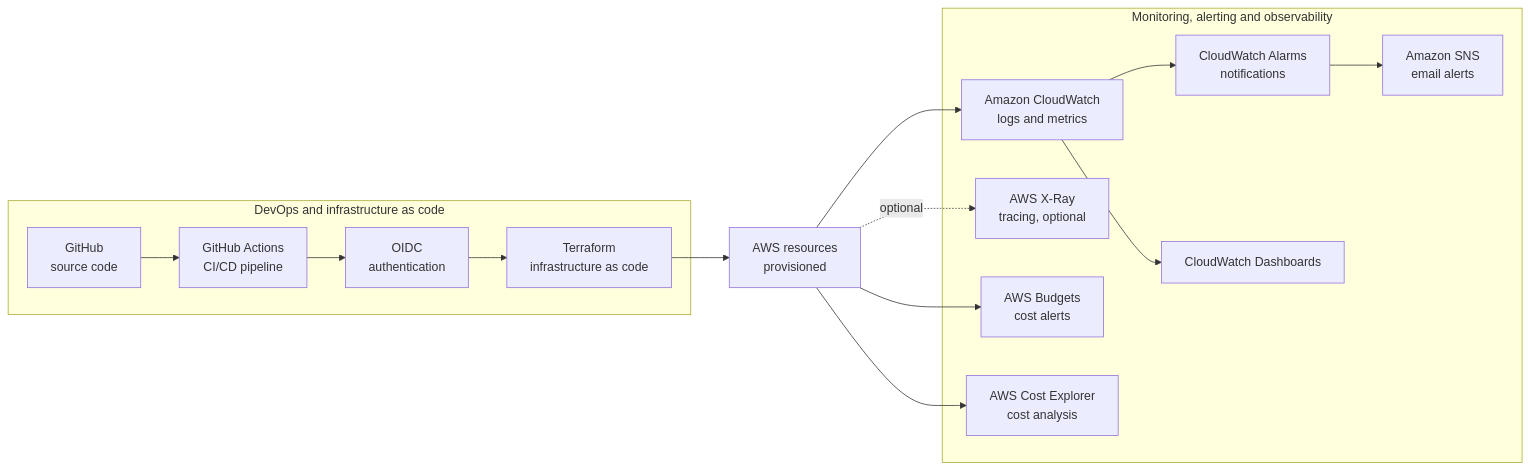
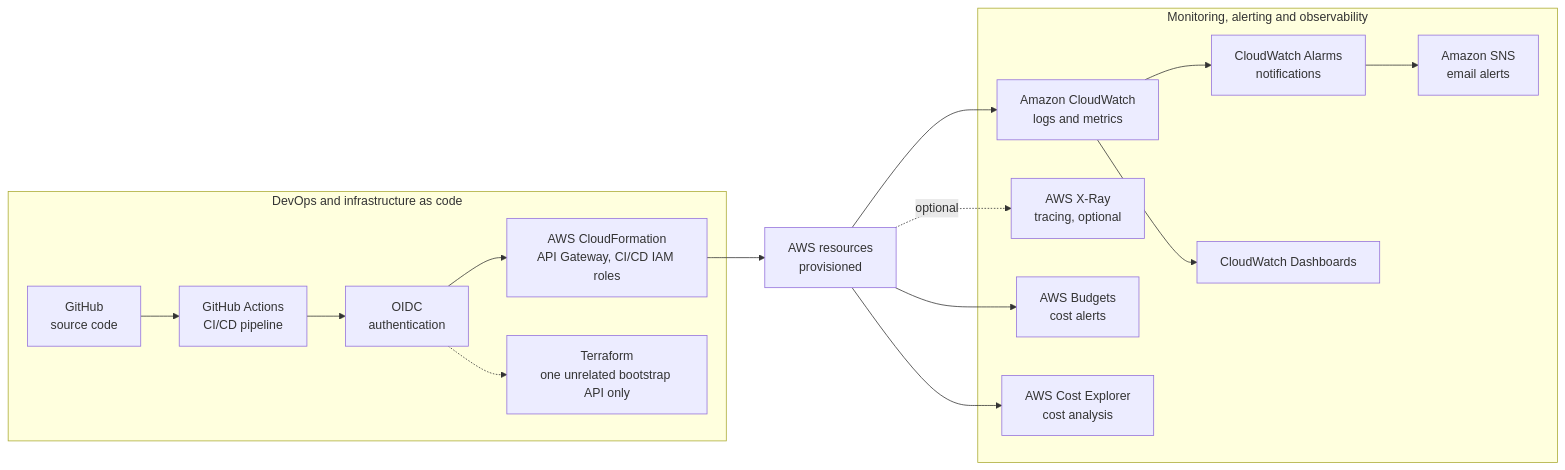
The diagram in content/5-Workshop/5.2-Architecture-Description/5.2.2-Architecture-Diagram/_index.md (trmizy/FCAJ_Project_Personal), drawn with Mermaid before and after one commit. The commit also changed other lines of this file and 4 other files, not shown here.

Commit message:
Replace the component diagram with the new architecture image

```diff
--- a/content/5-Workshop/5.2-Architecture-Description/5.2.2-Architecture-Diagram/_index.md
+++ b/content/5-Workshop/5.2-Architecture-Description/5.2.2-Architecture-Diagram/_index.md
@@ -99,33 +23,35 @@
 {{< mermaid >}}
 graph LR
     subgraph DevOps ["DevOps and infrastructure as code"]
         GH["GitHub<br/>source code"]
         GA["GitHub Actions<br/>CI/CD pipeline"]
         OIDC["OIDC<br/>authentication"]
-        TF["Terraform<br/>infrastructure as code"]
+        CFN["AWS CloudFormation<br/>API Gateway, CI/CD IAM roles"]
+        TF["Terraform<br/>one unrelated bootstrap API only"]
     end
     AWSR["AWS resources<br/>provisioned"]
 
     GH --> GA
     GA --> OIDC
-    OIDC --> TF
-    TF --> AWSR
+    OIDC --> CFN
+    CFN --> AWSR
+    OIDC -.-> TF
 
     subgraph Monitoring ["Monitoring, alerting and observability"]
         CW2["Amazon CloudWatch<br/>logs and metrics"]
         AL["CloudWatch Alarms<br/>notifications"]
         SNS1["Amazon SNS<br/>email alerts"]
         DASH["CloudWatch Dashboards"]
         XR["AWS X-Ray<br/>tracing, optional"]
         BUD["AWS Budgets<br/>cost alerts"]
         CE["AWS Cost Explorer<br/>cost analysis"]
     end
 
     AWSR --> CW2
     CW2 --> AL
     AL --> SNS1
     CW2 --> DASH
     AWSR -. optional .-> XR
     AWSR --> BUD
     AWSR --> CE
 {{< /mermaid >}}
```
